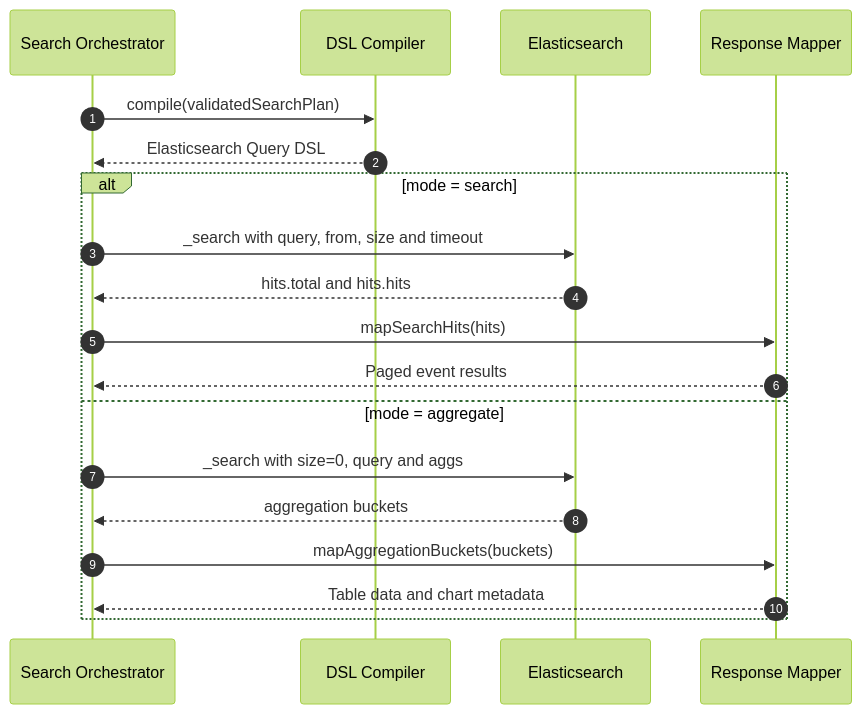
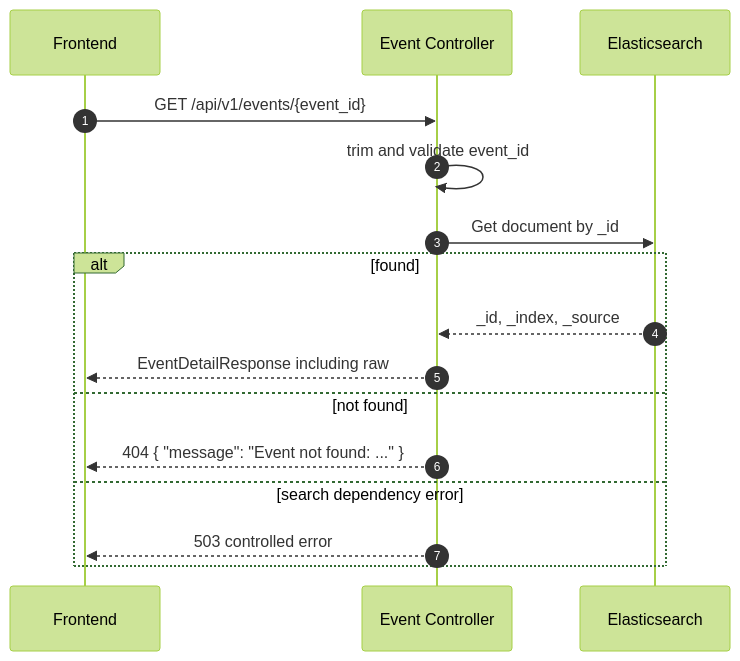
Before and after one commit to PhamVanMinhBinhThuan/soc-ai-search: the sixth of 9 diagrams in docs/sequence-flow.md, drawn with Mermaid (forest theme). The commit also changed other lines of this file and 5 other files, not shown here.

````diff
--- a/docs/sequence-flow.md
+++ b/docs/sequence-flow.md
@@ -358,23 +219,20 @@
 ```mermaid
 sequenceDiagram
     autonumber
-    participant Search as Search Orchestrator
-    participant DSL as DSL Compiler
+    participant FE as Frontend
+    participant API as Event Controller
     participant ES as Elasticsearch
-    participant Mapper as Response Mapper
 
-    Search->>DSL: compile(validatedSearchPlan)
-    DSL-->>Search: Elasticsearch Query DSL
+    FE->>API: GET /api/v1/events/{event_id}
+    API->>API: trim and validate event_id
+    API->>ES: Get document by _id
 
-    alt mode = search
-        Search->>ES: _search with query, from, size and timeout
-        ES-->>Search: hits.total and hits.hits
-        Search->>Mapper: mapSearchHits(hits)
-        Mapper-->>Search: Paged event results
-    else mode = aggregate
-        Search->>ES: _search with size=0, query and aggs
-        ES-->>Search: aggregation buckets
-        Search->>Mapper: mapAggregationBuckets(buckets)
-        Mapper-->>Search: Table data and chart metadata
+    alt found
+        ES-->>API: _id, _index, _source
+        API-->>FE: EventDetailResponse including raw
+    else not found
+        API-->>FE: 404 { "message": "Event not found: ..." }
+    else search dependency error
+        API-->>FE: 503 controlled error
     end
 ```
````
